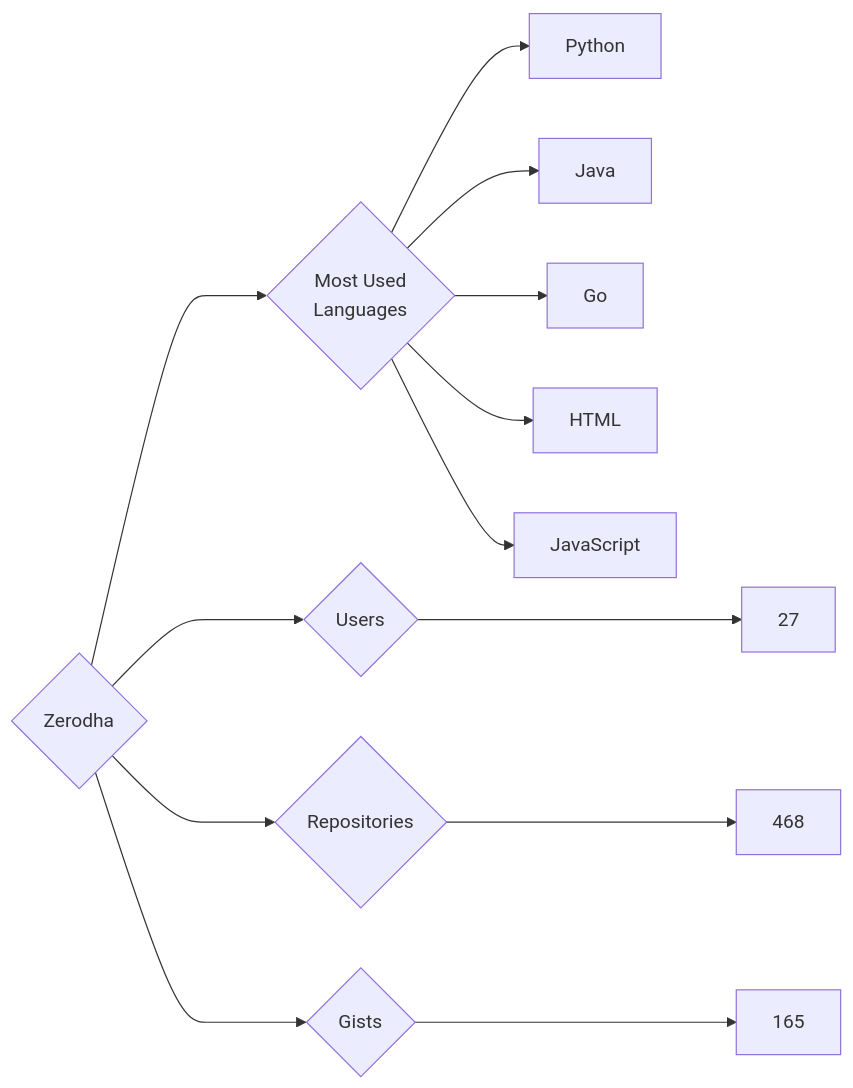
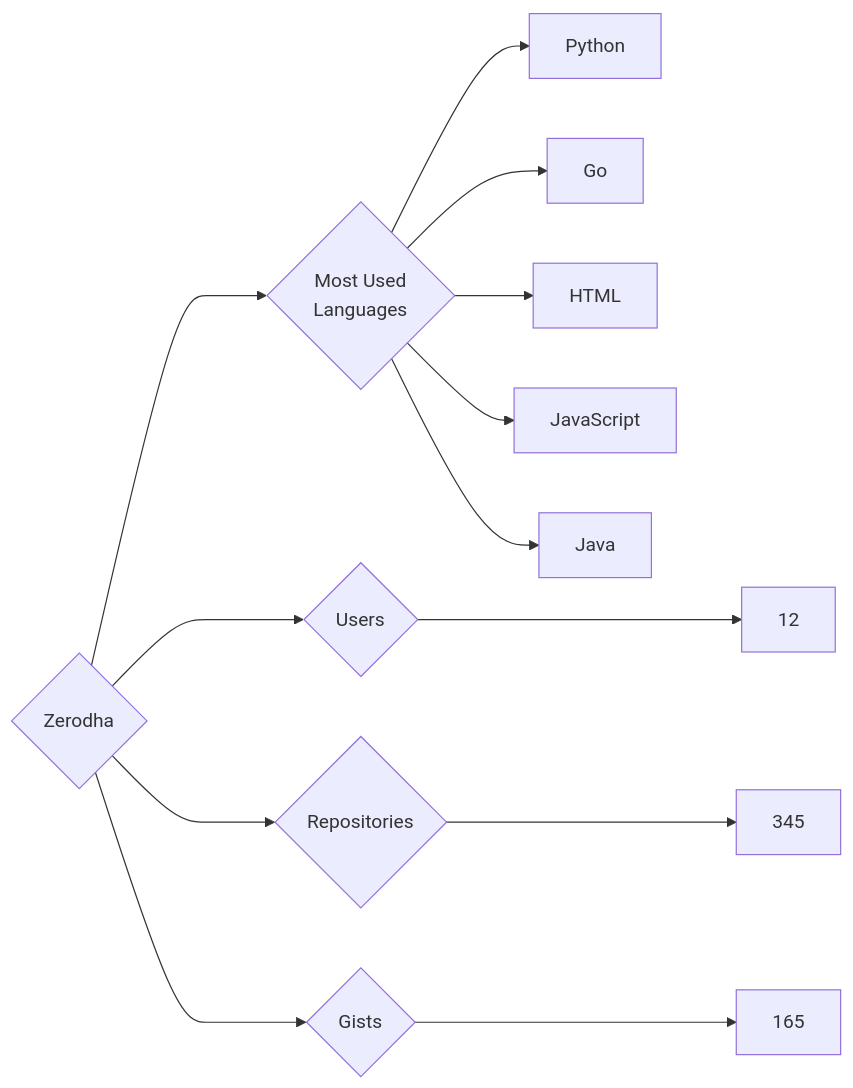
One commit to trickest/insiders changed the diagram in targets/Zerodha/README.md. Above: the diagram before and after it, drawn with Mermaid. The commit also changed 773 other files, not shown here.

````diff
--- a/targets/Zerodha/README.md
+++ b/targets/Zerodha/README.md
@@ -3,13 +3,13 @@
 ```mermaid
 graph LR
 COMPANY_NAME{Zerodha}
-COMPANY_NAME ---> U{Users} ---> UN[27]
-COMPANY_NAME ---> R{Repositories} ---> RN[468]
+COMPANY_NAME ---> U{Users} ---> UN[12]
+COMPANY_NAME ---> R{Repositories} ---> RN[345]
 COMPANY_NAME ---> G{Gists} ---> GN[165]
 COMPANY_NAME ---> ML{Most Used<br>Languages}
 ML --> Python[Python]
-ML --> Java[Java]
 ML --> Go[Go]
 ML --> HTML[HTML]
 ML --> JavaScript[JavaScript]
+ML --> Java[Java]
 ```
````
